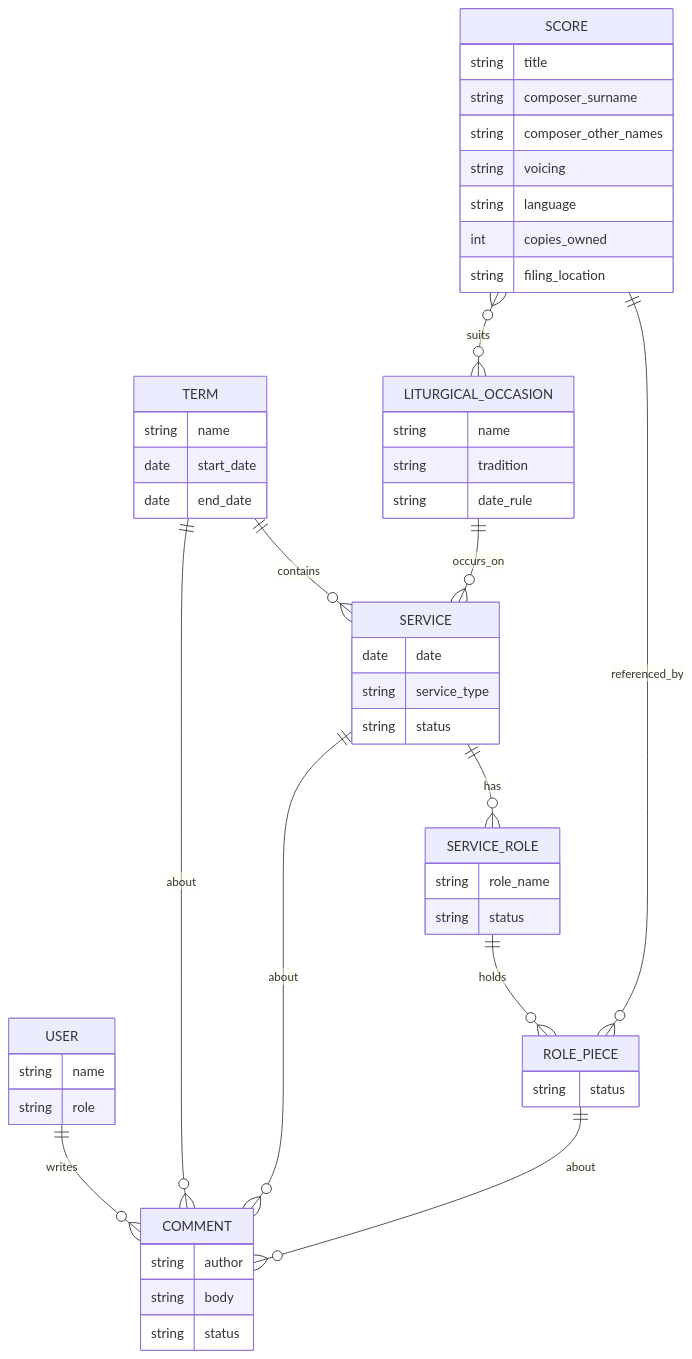
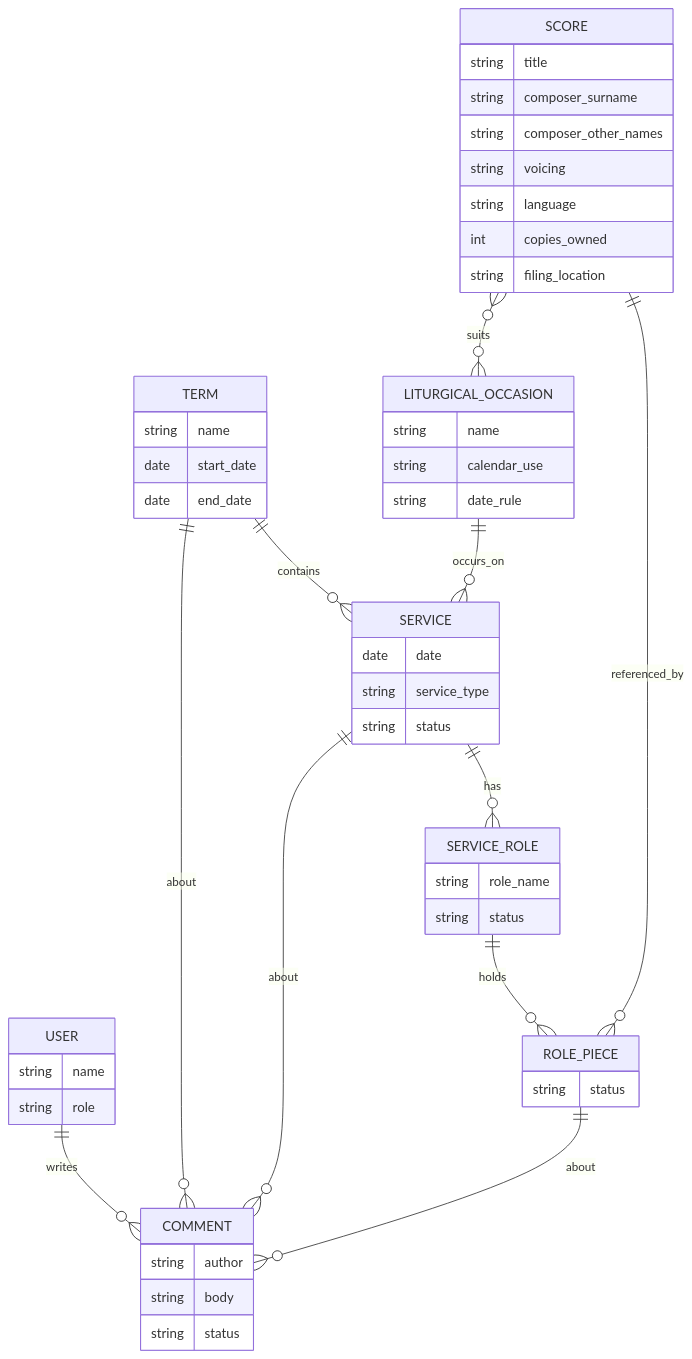
One commit to StockoL/precentor changed the diagram in docs/erd.mmd. Above: the diagram before and after it, drawn with Mermaid. The commit also changed 1 other file, not shown here.

Commit message:
Update the model plan and ERD for Catholic-only scope
The model plan still showed tradition on four models and
effective_tradition on Service, and the ERD listed it as an occasion
attribute. Both now match the code, and the model plan gains a design
decision note recording why the field went and how the migrations
removed it, in the same style as its other decision notes.

```diff
--- a/docs/erd.mmd
+++ b/docs/erd.mmd
@@ -1,58 +1,58 @@
 erDiagram
   %% See docs/models_plan.md for the reasoning behind these choices:
   %% - SCORE <-> LITURGICAL_OCCASION is a through-table (many-to-many)
   %% - COMMENT's link to TERM/SERVICE/ROLE_PIECE is one polymorphic
   %%   GenericForeignKey in Django, shown here as three edges since
   %%   erDiagram syntax can't express "one FK, any of three tables"
   %% - Role slots are added per service; there are no role templates
   USER ||--o{ COMMENT : writes
   TERM ||--o{ SERVICE : contains
   LITURGICAL_OCCASION ||--o{ SERVICE : occurs_on
   SERVICE ||--o{ SERVICE_ROLE : has
   SERVICE_ROLE ||--o{ ROLE_PIECE : holds
   SCORE ||--o{ ROLE_PIECE : referenced_by
   SCORE }o--o{ LITURGICAL_OCCASION : suits
   TERM ||--o{ COMMENT : about
   SERVICE ||--o{ COMMENT : about
   ROLE_PIECE ||--o{ COMMENT : about
 
   USER {
     string name
     string role
   }
   TERM {
     string name
     date start_date
     date end_date
   }
   SERVICE {
     date date
     string service_type
     string status
   }
   SERVICE_ROLE {
     string role_name
     string status
   }
   ROLE_PIECE {
     string status
   }
   SCORE {
     string title
     string composer_surname
     string composer_other_names
     string voicing
     string language
     int copies_owned
     string filing_location
   }
   LITURGICAL_OCCASION {
     string name
-    string tradition
+    string calendar_use
     string date_rule
   }
   COMMENT {
     string author
     string body
     string status
   }
```
